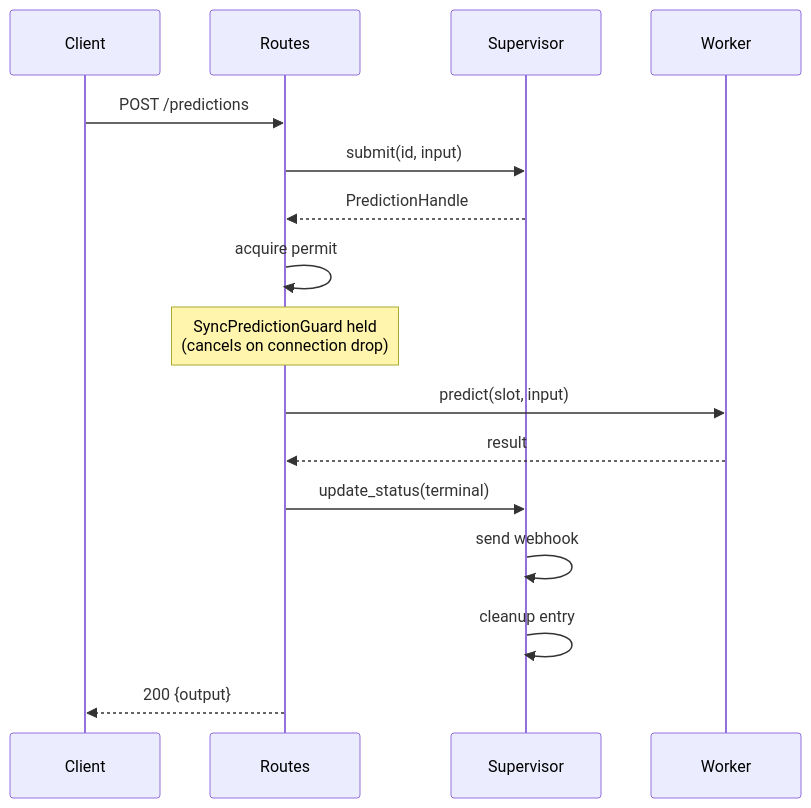
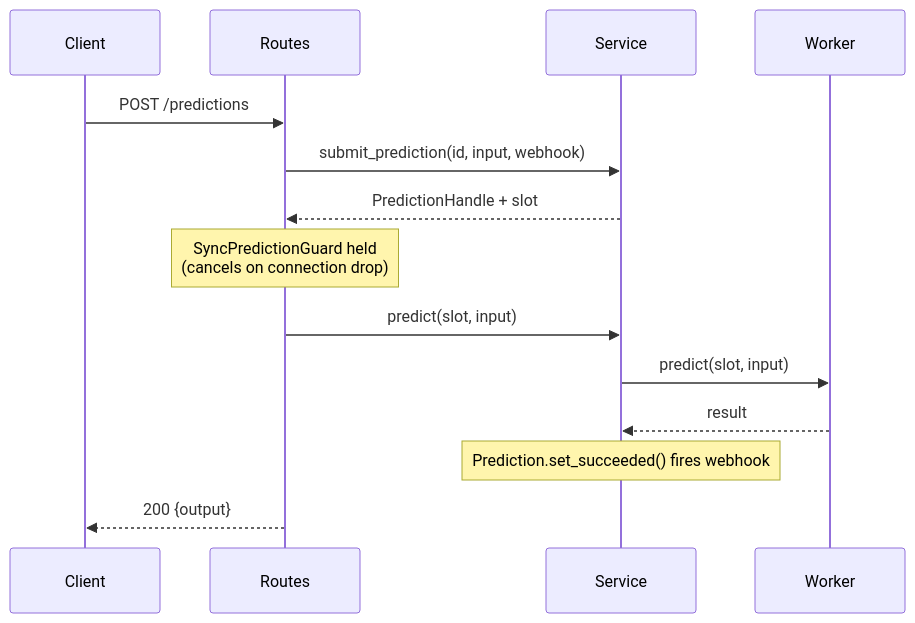
The second of 5 diagrams in architecture/ffi/04-container-runtime.md (rdhanarot/cog), drawn with Mermaid before and after one commit. The commit also changed other lines of this file and 11 other files, not shown here.

````diff
--- a/architecture/ffi/04-container-runtime.md
+++ b/architecture/ffi/04-container-runtime.md
@@ -164,23 +173,20 @@
 ```mermaid
 sequenceDiagram
     participant Client
     participant Routes
-    participant Supervisor
+    participant Service
     participant Worker
     
     Client->>Routes: POST /predictions
-    Routes->>Supervisor: submit(id, input)
-    Supervisor-->>Routes: PredictionHandle
+    Routes->>Service: submit_prediction(id, input, webhook)
+    Service-->>Routes: PredictionHandle + slot
     
-    Routes->>Routes: acquire permit
     Note over Routes: SyncPredictionGuard held<br/>(cancels on connection drop)
     
-    Routes->>Worker: predict(slot, input)
-    Worker-->>Routes: result
-    
-    Routes->>Supervisor: update_status(terminal)
-    Supervisor->>Supervisor: send webhook
-    Supervisor->>Supervisor: cleanup entry
+    Routes->>Service: predict(slot, input)
+    Service->>Worker: predict(slot, input)
+    Worker-->>Service: result
+    Note over Service: Prediction.set_succeeded() fires webhook
     
     Routes-->>Client: 200 {output}
 ```
````
